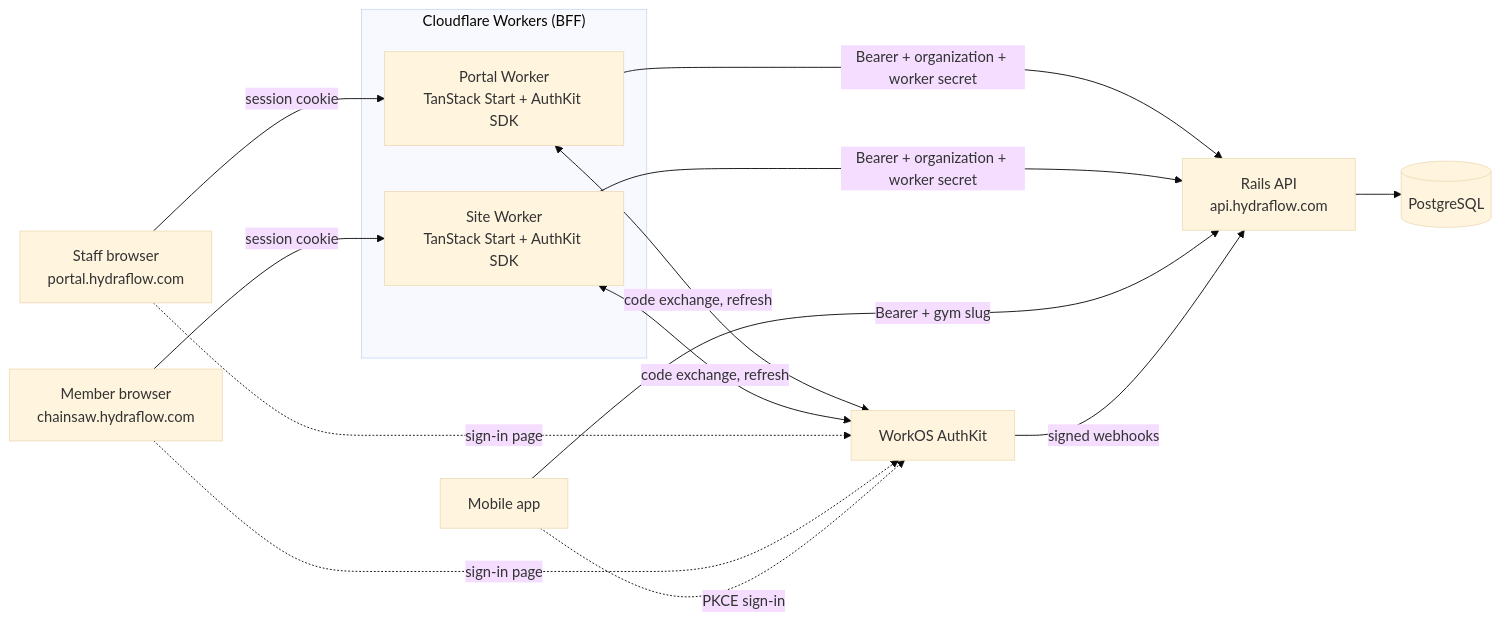
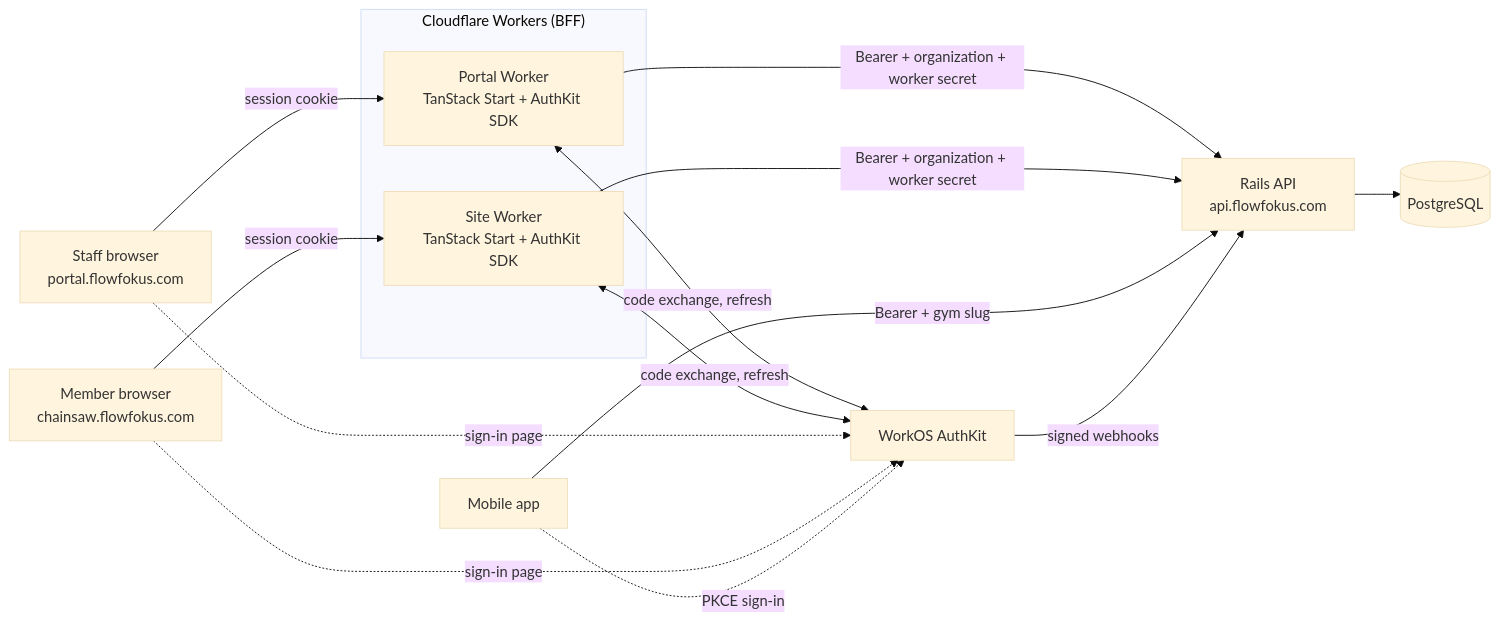
Before and after one commit to kennedywee/flowfokus: the first of 4 diagrams in docs/authentication.md, drawn with Mermaid (base theme). The commit also changed other lines of this file and 89 other files, not shown here.

First line of the commit message:
chore: rename Hydraflow to Flowfokus

````diff
--- a/docs/authentication.md
+++ b/docs/authentication.md
@@ -20,16 +20,16 @@
 ```mermaid
 flowchart LR
-  staff["Staff browser<br/>portal.hydraflow.com"] -->|"session cookie"| pw
-  member["Member browser<br/>chainsaw.hydraflow.com"] -->|"session cookie"| sw
+  staff["Staff browser<br/>portal.flowfokus.com"] -->|"session cookie"| pw
+  member["Member browser<br/>chainsaw.flowfokus.com"] -->|"session cookie"| sw
   subgraph cf["Cloudflare Workers (BFF)"]
     pw["Portal Worker<br/>TanStack Start + AuthKit SDK"]
     sw["Site Worker<br/>TanStack Start + AuthKit SDK"]
   end
   pw & sw <-->|"code exchange, refresh"| workos["WorkOS AuthKit"]
   staff & member -.->|"sign-in page"| workos
-  pw & sw -->|"Bearer + organization + worker secret"| rails["Rails API<br/>api.hydraflow.com"]
+  pw & sw -->|"Bearer + organization + worker secret"| rails["Rails API<br/>api.flowfokus.com"]
   mobile["Mobile app"] -->|"Bearer + gym slug"| rails
   mobile -.->|"PKCE sign-in"| workos
   workos -->|"signed webhooks"| rails
   rails --> db[("PostgreSQL")]
 ```
````
